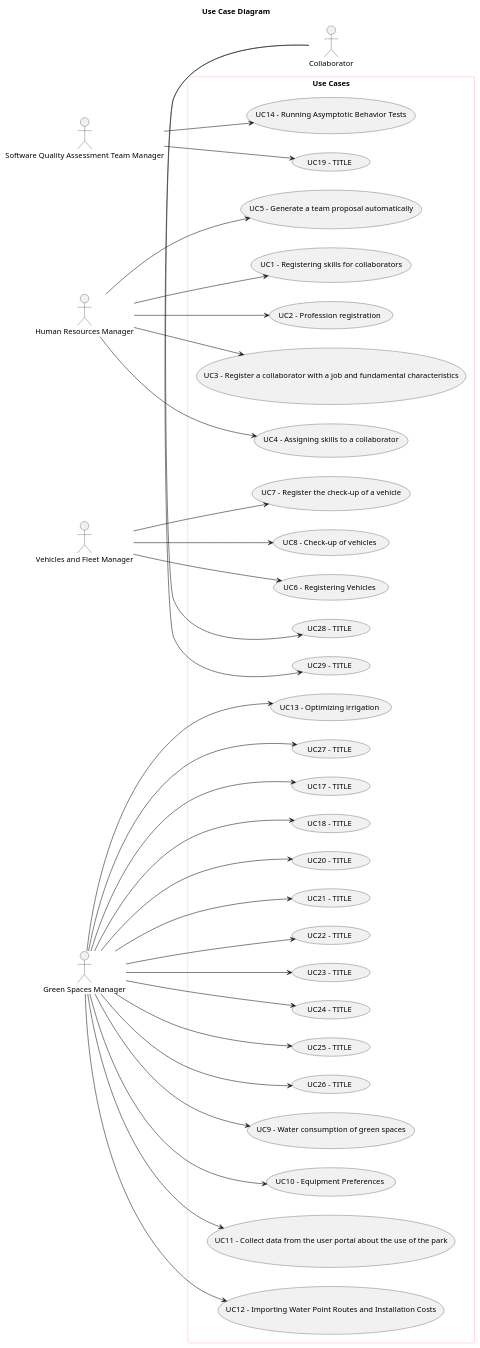
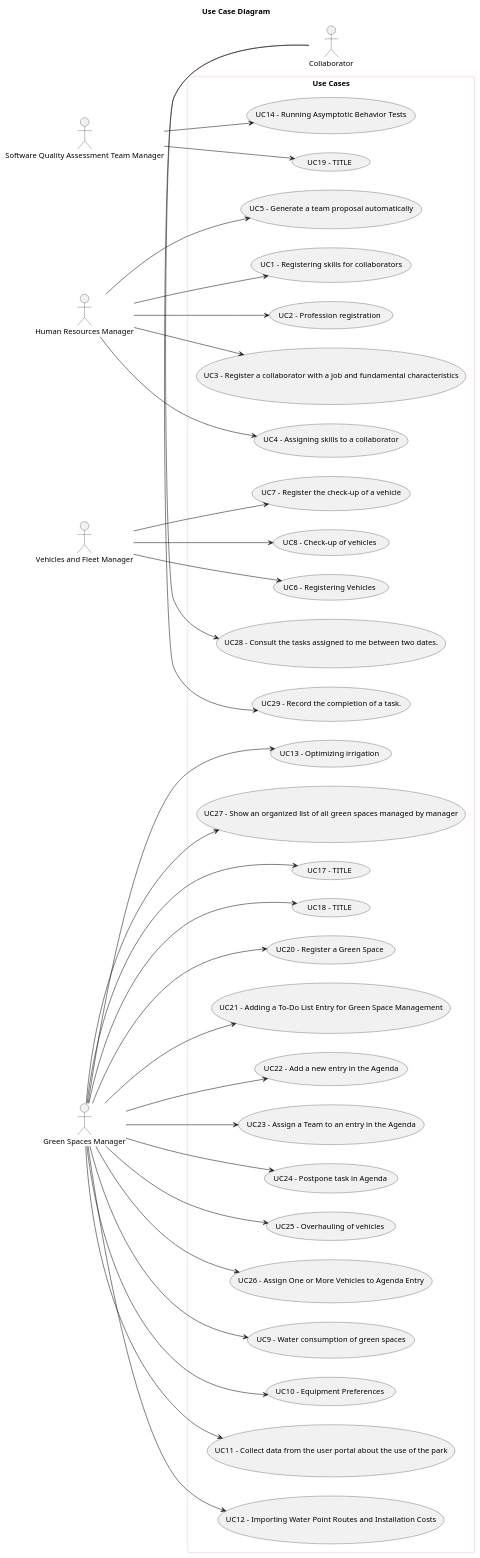
Before and after one commit to SAEmanuel/Green_Spaces_Management_ISEP: the diagram in docs/sprintC/global-artifacts/01.requirements-engineering/puml/use-case-diagram.puml, drawn with PlantUML. The commit also changed 38 other files, not shown here.

```diff
--- a/docs/sprintC/global-artifacts/01.requirements-engineering/puml/use-case-diagram.puml
+++ b/docs/sprintC/global-artifacts/01.requirements-engineering/puml/use-case-diagram.puml
@@ -1,87 +1,87 @@
 @startuml
 'skinparam monochrome true
 skinparam packageStyle rectangle
 'skinparam shadowing false
 
 skinparam rectangle{
     BorderColor pink
 }
 
 title Use Case Diagram
 
 left to right direction
 
 
 
     actor "Human Resources Manager" as HRM
     actor "Vehicles and Fleet Manager" as FM
     actor "Green Spaces Manager" as GSM
     actor "Software Quality Assessment Team Manager" as QAM
     actor "Collaborator" as COL
 
 
 
 
 
 
 rectangle "Use Cases" as usecases{
     usecase "UC1 - Registering skills for collaborators" as UC1
     usecase "UC2 - Profession registration" as UC2
     usecase "UC3 - Register a collaborator with a job and fundamental characteristics" as UC3
     usecase "UC4 - Assigning skills to a collaborator" as UC4
     usecase "UC5 - Generate a team proposal automatically" as UC5
     usecase "UC6 - Registering Vehicles" as UC6
     usecase "UC7 - Register the check-up of a vehicle" as UC7
     usecase "UC8 - Check-up of vehicles" as UC8
     usecase "UC9 - Water consumption of green spaces" as UC9
     usecase "UC10 - Equipment Preferences" as UC10
     usecase "UC11 - Collect data from the user portal about the use of the park" as UC11
     usecase "UC12 - Importing Water Point Routes and Installation Costs" as UC12
     usecase "UC13 - Optimizing irrigation" as UC13
     usecase "UC14 - Running Asymptotic Behavior Tests" as UC14
     usecase "UC17 - TITLE" as UC17
     usecase "UC18 - TITLE" as UC18
     usecase "UC19 - TITLE" as UC19
-    usecase "UC20 - TITLE" as UC20
-    usecase "UC21 - TITLE" as UC21
-    usecase "UC22 - TITLE" as UC22
-    usecase "UC23 - TITLE" as UC23
-    usecase "UC24 - TITLE" as UC24
-    usecase "UC25 - TITLE" as UC25
-    usecase "UC26 - TITLE" as UC26
-    usecase "UC27 - TITLE" as UC27
-    usecase "UC28 - TITLE" as UC28
-    usecase "UC29 - TITLE" as UC29
+    usecase "UC20 - Register a Green Space" as UC20
+    usecase "UC21 - Adding a To-Do List Entry for Green Space Management" as UC21
+    usecase "UC22 - Add a new entry in the Agenda" as UC22
+    usecase "UC23 - Assign a Team to an entry in the Agenda" as UC23
+    usecase "UC24 - Postpone task in Agenda" as UC24
+    usecase "UC25 - Overhauling of vehicles" as UC25
+    usecase "UC26 - Assign One or More Vehicles to Agenda Entry" as UC26
+    usecase "UC27 - Show an organized list of all green spaces managed by manager" as UC27
+    usecase "UC28 - Consult the tasks assigned to me between two dates." as UC28
+    usecase "UC29 - Record the completion of a task." as UC29
 
     HRM --> UC1
     HRM --> UC2
     HRM --> UC3
     HRM --> UC4
     HRM --> UC5
     FM --> UC6
     FM --> UC7
     FM --> UC8
     GSM --> UC9
     GSM --> UC10
     GSM --> UC11
     GSM --> UC12
     GSM --> UC13
     QAM --> UC14
     GSM --> UC17
     GSM --> UC18
     QAM -> UC19
     GSM --> UC20
     GSM --> UC21
     GSM --> UC22
     GSM --> UC23
     GSM --> UC24
     GSM --> UC25
     GSM --> UC26
     GSM --> UC27
     COL -> UC28
     COL -> UC29
 
 }
 
 
 @enduml
```
